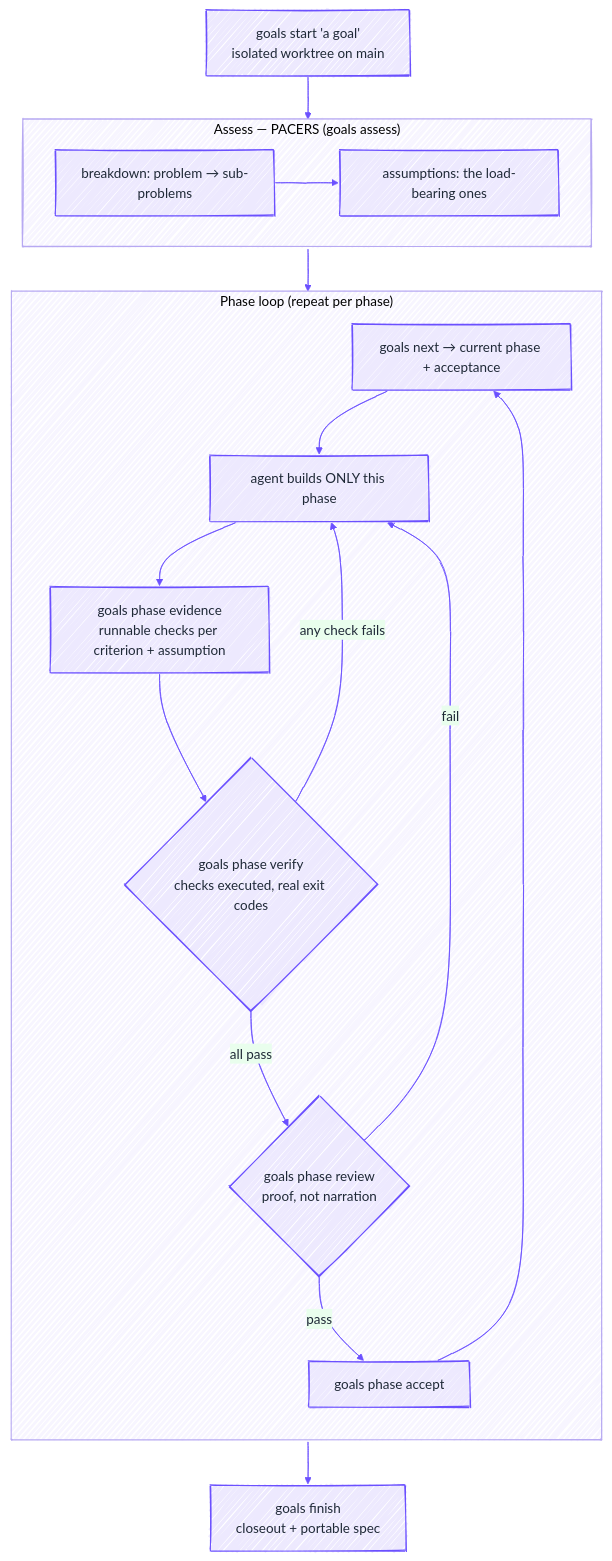
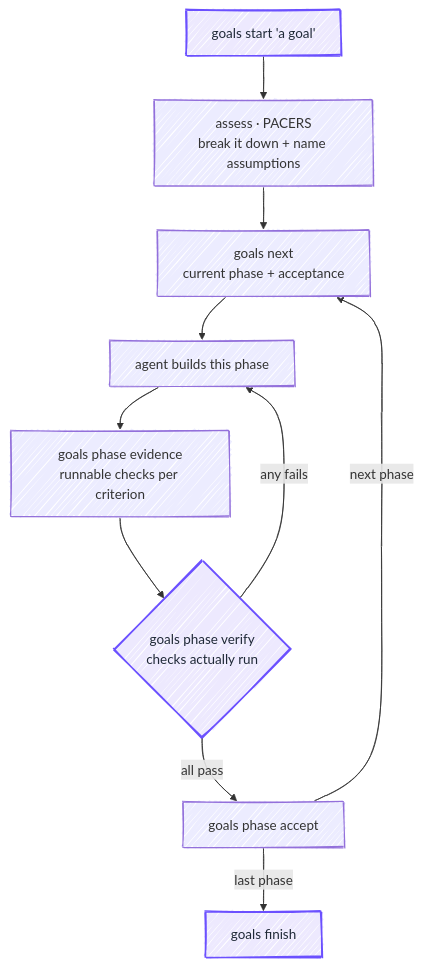
One commit to ShivamGupta42/goals changed the diagram in README.md. Above: the diagram before and after it, drawn with Mermaid. The commit also changed 1 other file, not shown here.

Commit message:
docs: make hand-drawn diagrams readable
The previous hand-drawn config used theme `base` with custom cluster colors,
which on GitHub's dark mode rendered subgraph boxes as a dense dark hachure that
swallowed the titles — unreadable.

Fix:
- Switch to `theme: default` (light, readable clusters) and drop the cursive
  font; the rough.js edges already read as hand-drawn.
- Flatten the README lifecycle to a single top-to-bottom flow with one verify
  loop-back — no big nested subgraphs — and accent start/verify/finish in Goals
  purple via a classDef. Compact and legible as a hero.
- docs/architecture.md keeps its grouped subgraphs (readable under the default
  theme).

Claude-Session: https://claude.ai/code/session_015ahmYySMBqyf2J2eE1bJNd

````diff
--- a/README.md
+++ b/README.md
@@ -54,43 +54,19 @@
 ```mermaid
 ---
 config:
   look: handDrawn
-  theme: base
-  themeVariables:
-    primaryColor: "#EDE9FE"
-    primaryBorderColor: "#6B50FF"
-    primaryTextColor: "#1F2937"
-    lineColor: "#6B50FF"
-    clusterBkg: "#F7F5FF"
-    clusterBorder: "#B7A9F2"
-    fontFamily: "Comic Sans MS, Segoe Print, Bradley Hand, cursive"
+  theme: default
 ---
 flowchart TD
-    start["goals start 'a goal'<br/>isolated worktree on main"] --> assess
-
-    subgraph assess["Assess — PACERS (goals assess)"]
-        bd["breakdown: problem → sub-problems"]
-        asm["assumptions: the load-bearing ones"]
-        bd --> asm
-    end
-
-    assess --> loop
-
-    subgraph loop["Phase loop (repeat per phase)"]
-        direction TB
-        nextp["goals next → current phase + acceptance"]
-        build["agent builds ONLY this phase"]
-        ev["goals phase evidence<br/>runnable checks per criterion + assumption"]
-        verify{"goals phase verify<br/>checks executed, real exit codes"}
-        review{"goals phase review<br/>proof, not narration"}
-        accept["goals phase accept"]
-        nextp --> build --> ev --> verify
-        verify -- "any check fails" --> build
-        verify -- "all pass" --> review
-        review -- "fail" --> build
-        review -- "pass" --> accept
-        accept --> nextp
-    end
-
-    loop --> finish["goals finish<br/>closeout + portable spec"]
+    A["goals start 'a goal'"] --> B["assess · PACERS<br/>break it down + name assumptions"]
+    B --> C["goals next<br/>current phase + acceptance"]
+    C --> D["agent builds this phase"]
+    D --> E["goals phase evidence<br/>runnable checks per criterion"]
+    E --> F{"goals phase verify<br/>checks actually run"}
+    F -- "any fails" --> D
+    F -- "all pass" --> G["goals phase accept"]
+    G -- "next phase" --> C
+    G -- "last phase" --> H["goals finish"]
+    classDef accent fill:#EDE9FE,stroke:#6B50FF,stroke-width:2px,color:#1F2937;
+    class A,F,H accent;
 ```
````
